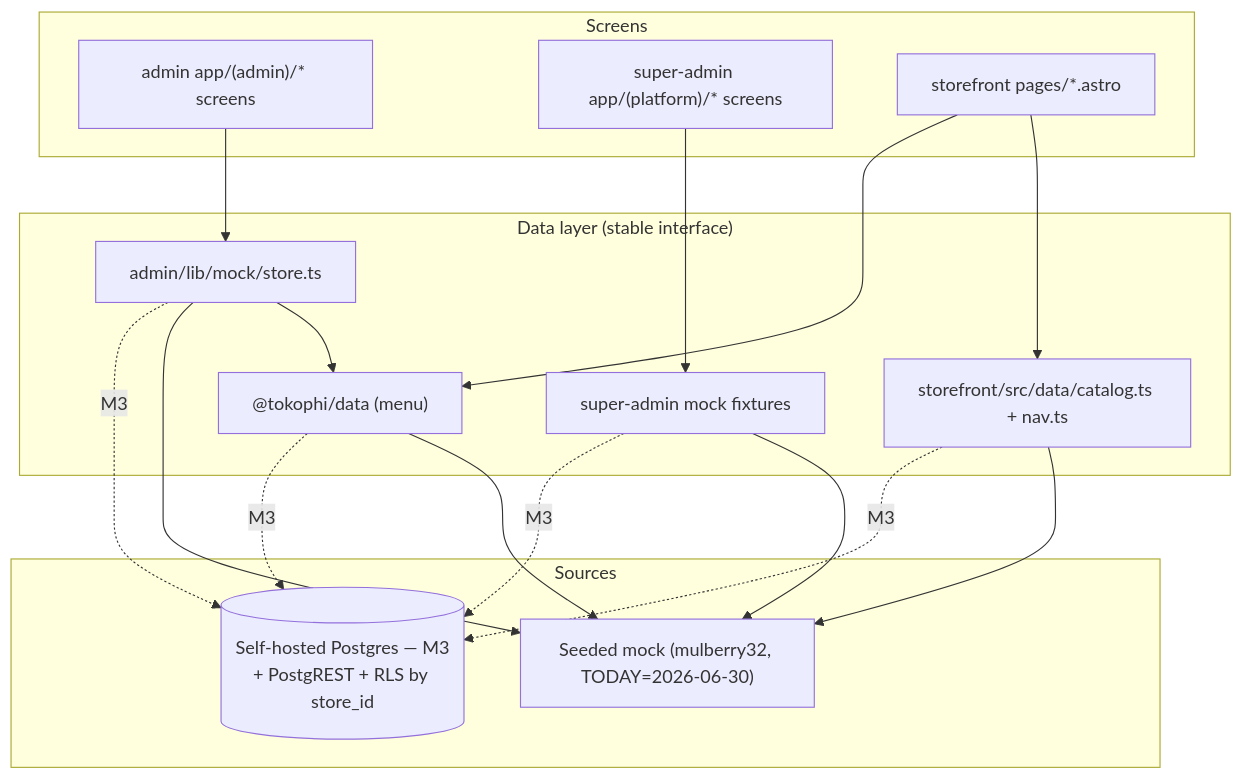
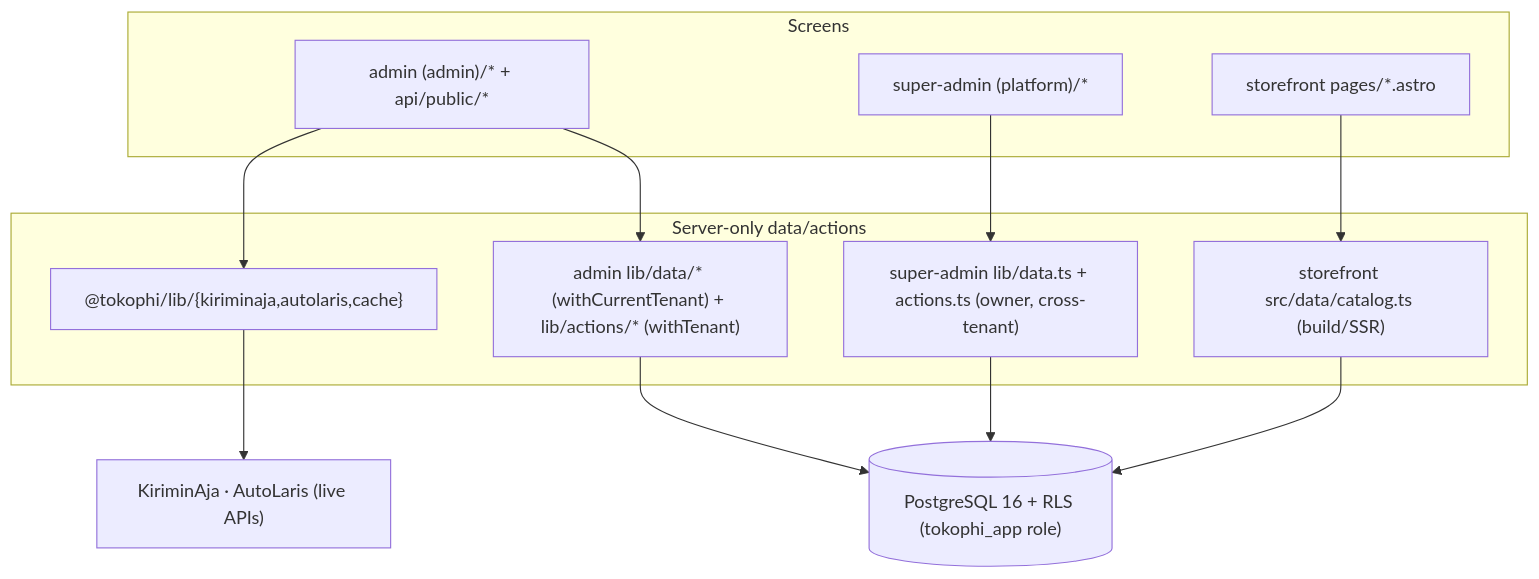
Before and after one commit to ongkipro/tokophi: the seventh of 11 diagrams in specs/docs/UML.md, drawn with Mermaid. The commit also changed other lines of this file and 2 other files, not shown here.

First line of the commit message:
docs: refresh UML + SYSTEM_GUIDE to current state (commerce loop, express+instant shipping, CF-native scaling) + CHANGELOG

````diff
--- a/specs/docs/UML.md
+++ b/specs/docs/UML.md
@@ -318,33 +322,21 @@
 ```mermaid
 graph TB
   subgraph Screens
-    A1["admin app/(admin)/* screens"]
-    S1["super-admin app/(platform)/* screens"]
+    A1["admin (admin)/* + api/public/*"]
+    S1["super-admin (platform)/*"]
     F1["storefront pages/*.astro"]
   end
-  subgraph Seam["Data layer (stable interface)"]
-    AM["admin/lib/mock/store.ts"]
-    SM["super-admin mock fixtures"]
-    SC["storefront/src/data/catalog.ts + nav.ts"]
-    DP["@tokophi/data (menu)"]
+  subgraph Seam["Server-only data/actions"]
+    AD["admin lib/data/* (withCurrentTenant) + lib/actions/* (withTenant)"]
+    SD["super-admin lib/data.ts + actions.ts (owner, cross-tenant)"]
+    SC["storefront src/data/catalog.ts (build/SSR)"]
+    INT["@tokophi/lib/{kiriminaja,autolaris,cache}"]
   end
-  subgraph Sources
-    MOCK["Seeded mock (mulberry32, TODAY=2026-06-30)"]
-    SB[("Self-hosted Postgres — M3<br/>+ PostgREST + RLS by store_id")]
-  end
+  DB[("PostgreSQL 16 + RLS (tokophi_app role)")]
+  EXT["KiriminAja · AutoLaris (live APIs)"]
 
-  A1 --> AM
-  S1 --> SM
-  F1 --> SC
-  F1 --> DP
-  AM --> DP
-
-  AM --> MOCK
-  SM --> MOCK
-  SC --> MOCK
-  DP --> MOCK
-  AM -. M3 .-> SB
-  SM -. M3 .-> SB
-  SC -. M3 .-> SB
-  DP -. M3 .-> SB
+  A1 --> AD --> DB
+  A1 --> INT --> EXT
+  S1 --> SD --> DB
+  F1 --> SC --> DB
 ```
````
